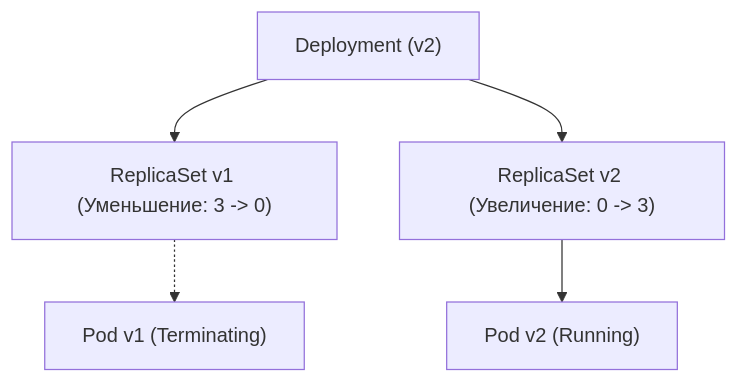
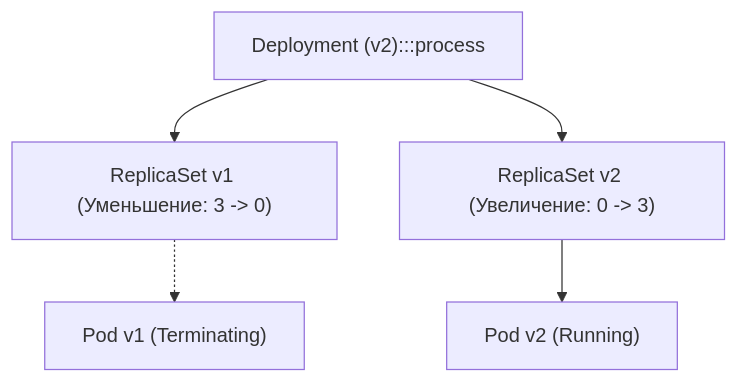
The second of 3 diagrams in sources/19. Инфраструктура. Linux, nginx, Docker, Kubernetes/04. Kubernetes/2. Pod, Deployment, Service.md (UnrealTemplier/go-textbook), drawn with Mermaid before and after one commit. The commit also changed other lines of this file and 1666 other files, not shown here.

First line of the commit message:
feat(mermaid): add semantic color classDef to 1369 colorless flowchart/graph diagrams

````diff
--- a/sources/19. Инфраструктура. Linux, nginx, Docker, Kubernetes/04. Kubernetes/2. Pod, Deployment, Service.md
+++ b/sources/19. Инфраструктура. Linux, nginx, Docker, Kubernetes/04. Kubernetes/2. Pod, Deployment, Service.md
@@ -59,7 +69,17 @@
 ```mermaid
 flowchart TD
-    D["Deployment (v2)"] --> RS1["ReplicaSet v1 (Уменьшение: 3 -> 0)"]
+    classDef process  fill:#1e293b,stroke:#38bdf8,stroke-width:1px,color:#f8fafc
+    classDef success  fill:#064e3b,stroke:#34d399,stroke-width:1px,color:#f8fafc
+    classDef error    fill:#7f1d1d,stroke:#f87171,stroke-width:1px,color:#f8fafc
+    classDef warning  fill:#78350f,stroke:#fbbf24,stroke-width:1px,color:#f8fafc
+    classDef entry    fill:#1e3a5f,stroke:#38bdf8,stroke-width:2px,color:#f8fafc
+    classDef aux      fill:#334155,stroke:#64748b,stroke-width:1px,color:#f8fafc
+    classDef system   fill:#312e81,stroke:#a78bfa,stroke-width:1px,color:#f8fafc
+    classDef data     fill:#132d29,stroke:#2dd4bf,stroke-width:1px,color:#f8fafc
+    classDef network  fill:#881337,stroke:#fb7185,stroke-width:1px,color:#f8fafc
+    classDef accent   fill:#1e1b4b,stroke:#818cf8,stroke-width:1px,color:#f8fafc
+    D["Deployment (v2):::process"] --> RS1["ReplicaSet v1 (Уменьшение: 3 -> 0)"]
     D --> RS2["ReplicaSet v2 (Увеличение: 0 -> 3)"]
     RS1 -.-> P1["Pod v1 (Terminating)"]
     RS2 --> P2["Pod v2 (Running)"]
 ```
````
